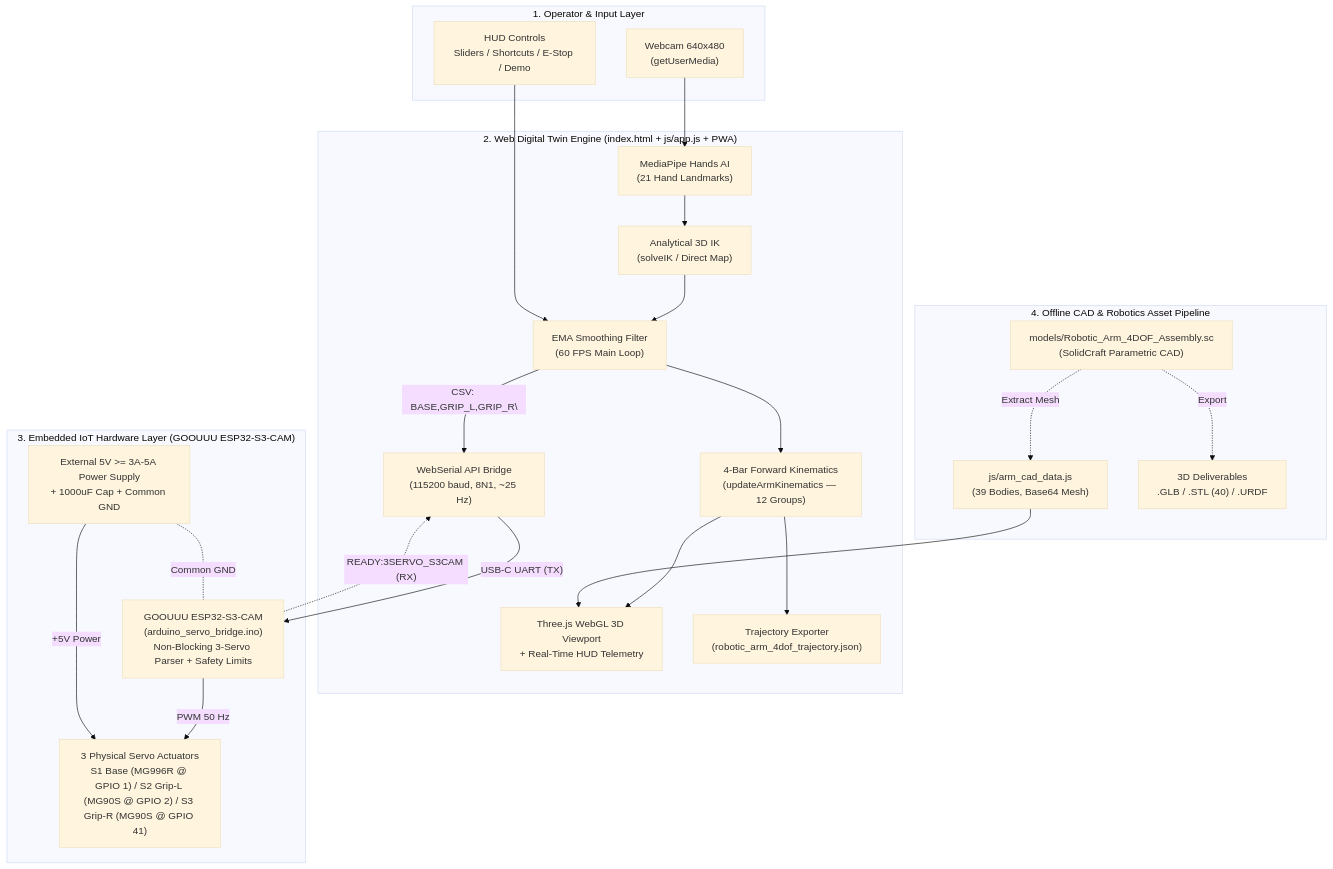
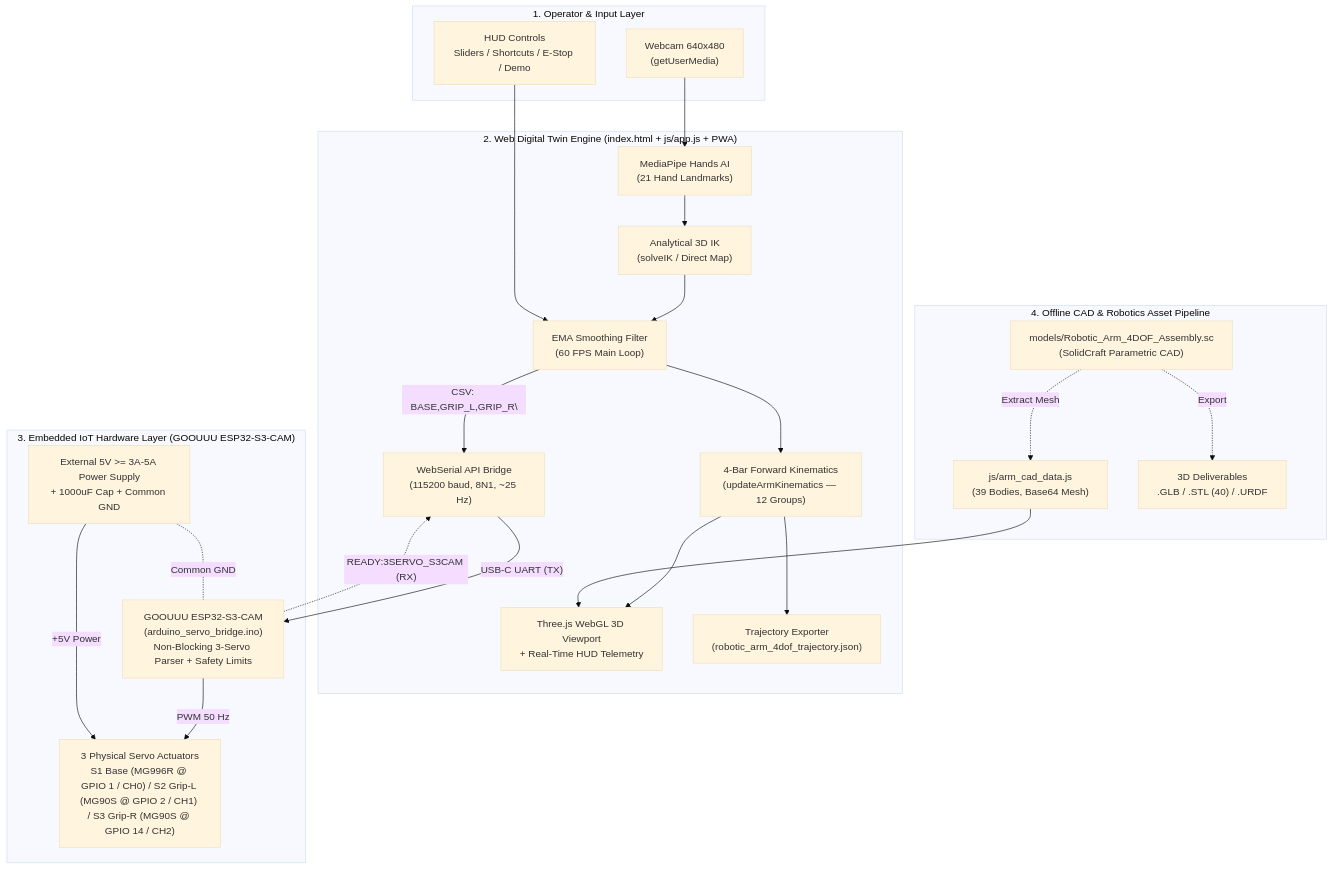
The diagram in PROJECT_DOCUMENTATION.md (Pongsakorn-yarn/Group01_Project), drawn with Mermaid (base theme) before and after one commit. The commit also changed other lines of this file and 20 other files, not shown here.

Commit message:
feat: add home overview page, UI stylesheets, ESP32 servo bridge, and system architecture docs

````diff
--- a/PROJECT_DOCUMENTATION.md
+++ b/PROJECT_DOCUMENTATION.md
@@ -95,43 +95,43 @@
 ```mermaid
 flowchart TB
     subgraph L1["1. Operator & Input Layer"]
         CAM["Webcam 640x480<br/>(getUserMedia)"]
         UI_IN["HUD Controls<br/>Sliders / Shortcuts / E-Stop / Demo"]
     end
 
     subgraph L2["2. Web Digital Twin Engine (index.html + js/app.js + PWA)"]
         MP["MediaPipe Hands AI<br/>(21 Hand Landmarks)"]
         IK["Analytical 3D IK<br/>(solveIK / Direct Map)"]
         EMA["EMA Smoothing Filter<br/>(60 FPS Main Loop)"]
         FK["4-Bar Forward Kinematics<br/>(updateArmKinematics — 12 Groups)"]
         RENDER["Three.js WebGL 3D Viewport<br/>+ Real-Time HUD Telemetry"]
         SERIAL["WebSerial API Bridge<br/>(115200 baud, 8N1, ~25 Hz)"]
         TRAJ["Trajectory Exporter<br/>(robotic_arm_4dof_trajectory.json)"]
     end
 
     subgraph L3["3. Embedded IoT Hardware Layer (GOOUUU ESP32-S3-CAM)"]
         MCU["GOOUUU ESP32-S3-CAM<br/>(arduino_servo_bridge.ino)<br/>Non-Blocking 3-Servo Parser + Safety Limits"]
-        SRV["3 Physical Servo Actuators<br/>S1 Base (MG996R @ GPIO 1) / S2 Grip-L (MG90S @ GPIO 2) / S3 Grip-R (MG90S @ GPIO 41)"]
+        SRV["3 Physical Servo Actuators<br/>S1 Base (MG996R @ GPIO 1 / CH0) / S2 Grip-L (MG90S @ GPIO 2 / CH1) / S3 Grip-R (MG90S @ GPIO 14 / CH2)"]
         PSU["External 5V >= 3A-5A Power Supply<br/>+ 1000uF Cap + Common GND"]
     end
 
     subgraph L4["4. Offline CAD & Robotics Asset Pipeline"]
         CAD_SRC["models/Robotic_Arm_4DOF_Assembly.sc<br/>(SolidCraft Parametric CAD)"]
         CAD_JS["js/arm_cad_data.js<br/>(39 Bodies, Base64 Mesh)"]
         CAD_EXP["3D Deliverables<br/>.GLB / .STL (40) / .URDF"]
     end
 
     CAM --> MP --> IK --> EMA
     UI_IN --> EMA
     EMA --> FK --> RENDER
     FK --> TRAJ
     EMA -- "CSV: BASE,GRIP_L,GRIP_R\\n" --> SERIAL
     SERIAL -- "USB-C UART (TX)" --> MCU
     MCU -. "READY:3SERVO_S3CAM (RX)" .-> SERIAL
     MCU -- "PWM 50 Hz" --> SRV
     PSU -- "+5V Power" --> SRV
     PSU -. "Common GND" .- MCU
 
     CAD_SRC -. "Extract Mesh" .-> CAD_JS --> RENDER
     CAD_SRC -. "Export" .-> CAD_EXP
 ```
````
